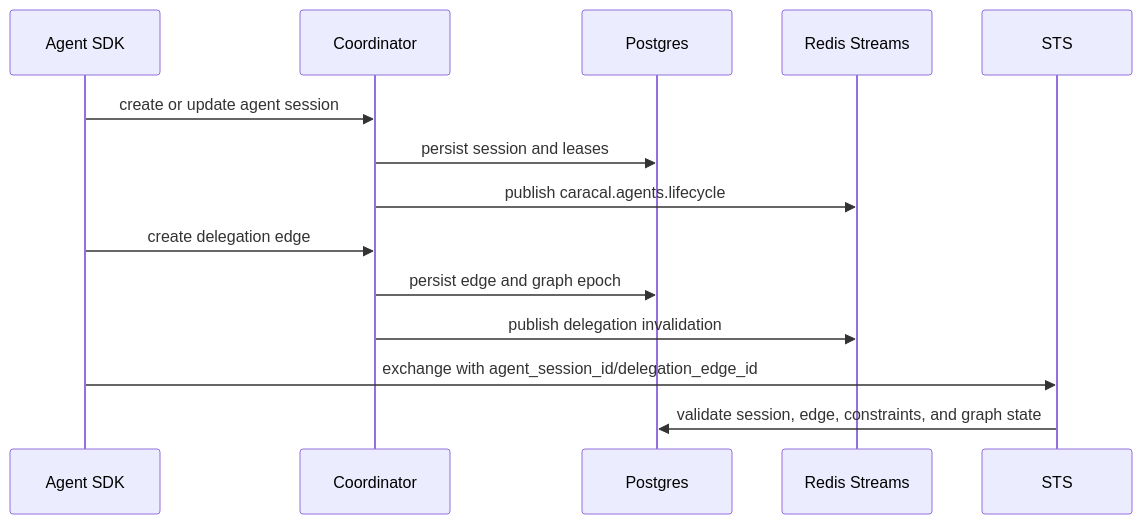
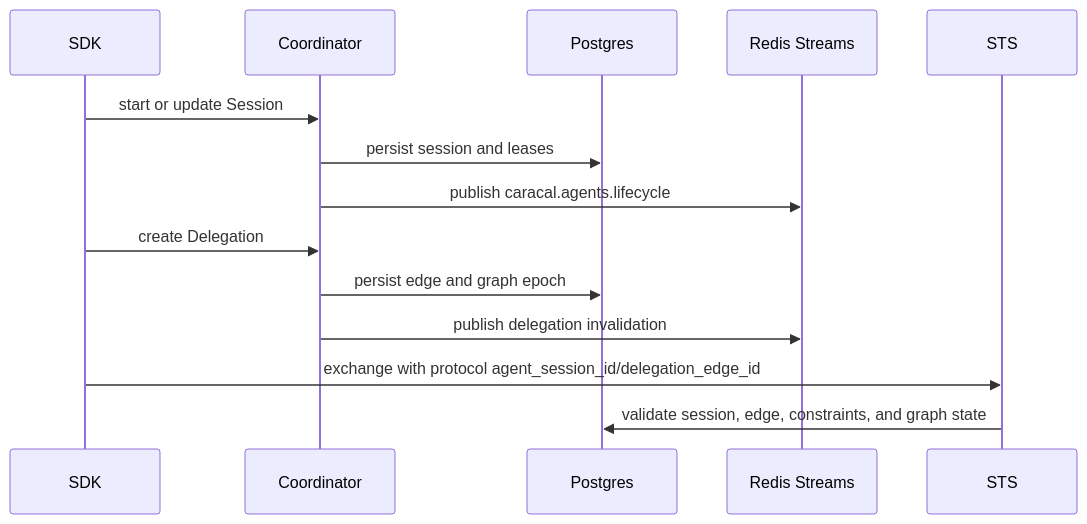
The diagram in docs/src/content/docs/architecture/delegation-flow.mdx (Garudex-Labs/caracal), drawn with Mermaid before and after one commit. The commit also changed other lines of this file and 7 other files, not shown here.

Commit message:
refactor: update terminology for clarity; replace 'agent' with 'session' and improve documentation consistency across multiple files

````diff
--- a/docs/src/content/docs/architecture/delegation-flow.mdx
+++ b/docs/src/content/docs/architecture/delegation-flow.mdx
@@ -11,16 +11,16 @@
 ```mermaid
 sequenceDiagram
-  participant SDK as Agent SDK
+  participant SDK as SDK
   participant Coord as Coordinator
   participant PG as Postgres
   participant Redis as Redis Streams
   participant STS
-  SDK->>Coord: create or update agent session
+  SDK->>Coord: start or update Session
   Coord->>PG: persist session and leases
   Coord->>Redis: publish caracal.agents.lifecycle
-  SDK->>Coord: create delegation edge
+  SDK->>Coord: create Delegation
   Coord->>PG: persist edge and graph epoch
   Coord->>Redis: publish delegation invalidation
-  SDK->>STS: exchange with agent_session_id/delegation_edge_id
+  SDK->>STS: exchange with protocol agent_session_id/delegation_edge_id
   STS->>PG: validate session, edge, constraints, and graph state
 ```
````
